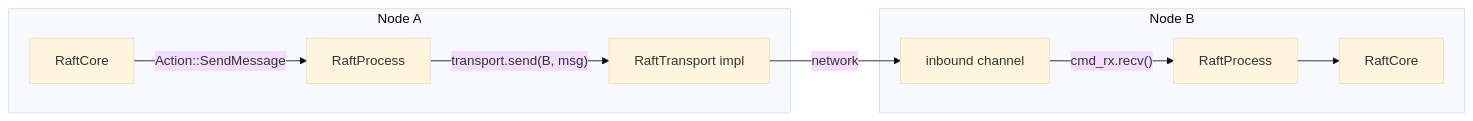
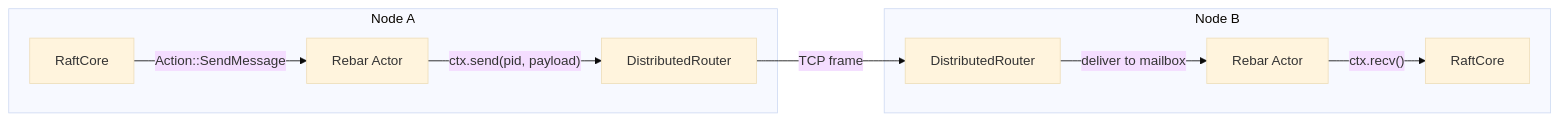
One commit to alexandernicholson/barkeeper changed the second of 2 diagrams in docs/extending.md. Above: the diagram before and after it, drawn with Mermaid (base theme). The commit also changed other lines of this file and 6 other files, not shown here.

````diff
--- a/docs/extending.md
+++ b/docs/extending.md
@@ -317,12 +300,12 @@
 ```mermaid
 graph LR
     subgraph Node_A["Node A"]
-        CA["RaftCore"] -->|"Action::SendMessage"| PA["RaftProcess"]
-        PA -->|"transport.send(B, msg)"| TA["RaftTransport impl"]
+        CA["RaftCore"] -->|"Action::SendMessage"| PA["Rebar Actor"]
+        PA -->|"ctx.send(pid, payload)"| RA["DistributedRouter"]
     end
     subgraph Node_B["Node B"]
-        IB["inbound channel"] -->|"cmd_rx.recv()"| PB["RaftProcess"]
-        PB --> CB["RaftCore"]
+        RB["DistributedRouter"] -->|"deliver to mailbox"| PB["Rebar Actor"]
+        PB -->|"ctx.recv()"| CB["RaftCore"]
     end
-    TA -->|"network"| IB
+    RA -->|"TCP frame"| RB
 ```
````
